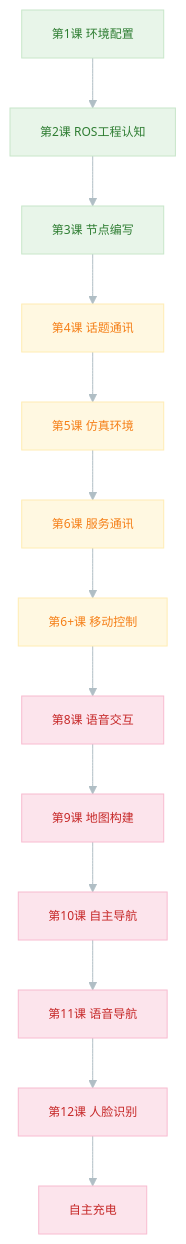
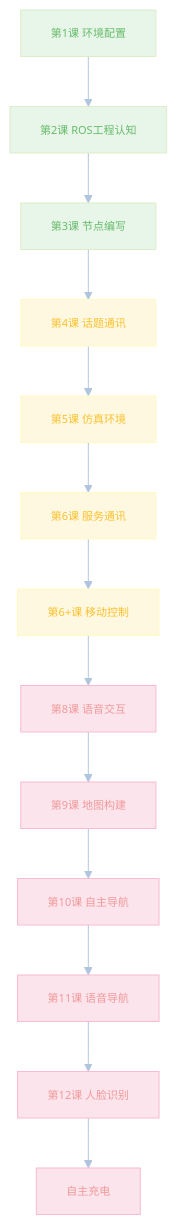
The diagram in README.md (Ovo-Milo/ROS-Learning), drawn with Mermaid before and after one commit. The commit also changed other lines of this file, not shown here.

````diff
--- a/README.md
+++ b/README.md
@@ -56,32 +56,32 @@
 ```mermaid
-%%{init: {'theme': 'base', 'themeVariables': {'fontSize': '12px', 'borderRadius': '20px', 'lineColor': '#90a4ae', 'arrowColor': '#90a4ae', 'primaryColor': '#e3f2fd', 'primaryTextColor': '#37474f', 'primaryBorderColor': '#90caf9'}}}%%
+%%{init: {'theme': 'base', 'themeVariables': {'fontSize': '11px', 'lineColor': '#b0c4de', 'primaryColor': '#f0f4f8', 'primaryTextColor': '#5a6e7f', 'primaryBorderColor': '#c5d5e5'}}}%%
 graph TD
     A["第1课 环境配置"] --> B["第2课 ROS工程认知"]
     B --> C["第3课 节点编写"]
     C --> D["第4课 话题通讯"]
     D --> E["第5课 仿真环境"]
     E --> F["第6课 服务通讯"]
     F --> G["第6+课 移动控制"]
     G --> H["第8课 语音交互"]
     H --> I["第9课 地图构建"]
     I --> J["第10课 自主导航"]
     J --> K["第11课 语音导航"]
     K --> L["第12课 人脸识别"]
     L --> M["自主充电"]
 
-    style A fill:#e8f5e9,stroke:#c8e6c9,color:#2e7d32,stroke-width:1px
-    style B fill:#e8f5e9,stroke:#c8e6c9,color:#2e7d32,stroke-width:1px
-    style C fill:#e8f5e9,stroke:#c8e6c9,color:#2e7d32,stroke-width:1px
-    style D fill:#fff8e1,stroke:#ffecb3,color:#f57f17,stroke-width:1px
-    style E fill:#fff8e1,stroke:#ffecb3,color:#f57f17,stroke-width:1px
-    style F fill:#fff8e1,stroke:#ffecb3,color:#f57f17,stroke-width:1px
-    style G fill:#fff8e1,stroke:#ffecb3,color:#f57f17,stroke-width:1px
-    style H fill:#fce4ec,stroke:#f8bbd0,color:#c62828,stroke-width:1px
-    style I fill:#fce4ec,stroke:#f8bbd0,color:#c62828,stroke-width:1px
-    style J fill:#fce4ec,stroke:#f8bbd0,color:#c62828,stroke-width:1px
-    style K fill:#fce4ec,stroke:#f8bbd0,color:#c62828,stroke-width:1px
-    style L fill:#fce4ec,stroke:#f8bbd0,color:#c62828,stroke-width:1px
-    style M fill:#fce4ec,stroke:#f8bbd0,color:#c62828,stroke-width:1px
+    style A fill:#e8f5e9,stroke:#dcedc8,color:#66bb6a,stroke-width:1px
+    style B fill:#e8f5e9,stroke:#dcedc8,color:#66bb6a,stroke-width:1px
+    style C fill:#e8f5e9,stroke:#dcedc8,color:#66bb6a,stroke-width:1px
+    style D fill:#fff8e1,stroke:#fff9c4,color:#fbc02d,stroke-width:1px
+    style E fill:#fff8e1,stroke:#fff9c4,color:#fbc02d,stroke-width:1px
+    style F fill:#fff8e1,stroke:#fff9c4,color:#fbc02d,stroke-width:1px
+    style G fill:#fff8e1,stroke:#fff9c4,color:#fbc02d,stroke-width:1px
+    style H fill:#fce4ec,stroke:#f8bbd0,color:#ef9a9a,stroke-width:1px
+    style I fill:#fce4ec,stroke:#f8bbd0,color:#ef9a9a,stroke-width:1px
+    style J fill:#fce4ec,stroke:#f8bbd0,color:#ef9a9a,stroke-width:1px
+    style K fill:#fce4ec,stroke:#f8bbd0,color:#ef9a9a,stroke-width:1px
+    style L fill:#fce4ec,stroke:#f8bbd0,color:#ef9a9a,stroke-width:1px
+    style M fill:#fce4ec,stroke:#f8bbd0,color:#ef9a9a,stroke-width:1px
 
-    linkStyle default stroke:#b0bec5,stroke-width:1px
+    linkStyle default stroke:#b0c4de,stroke-width:1px
 ```
````
